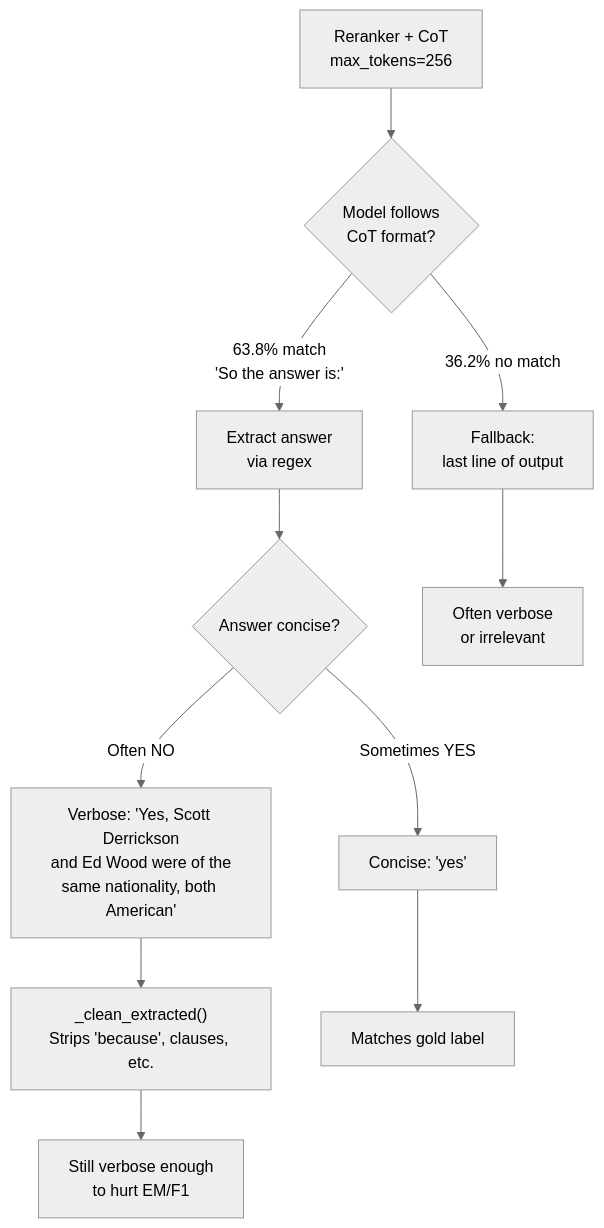
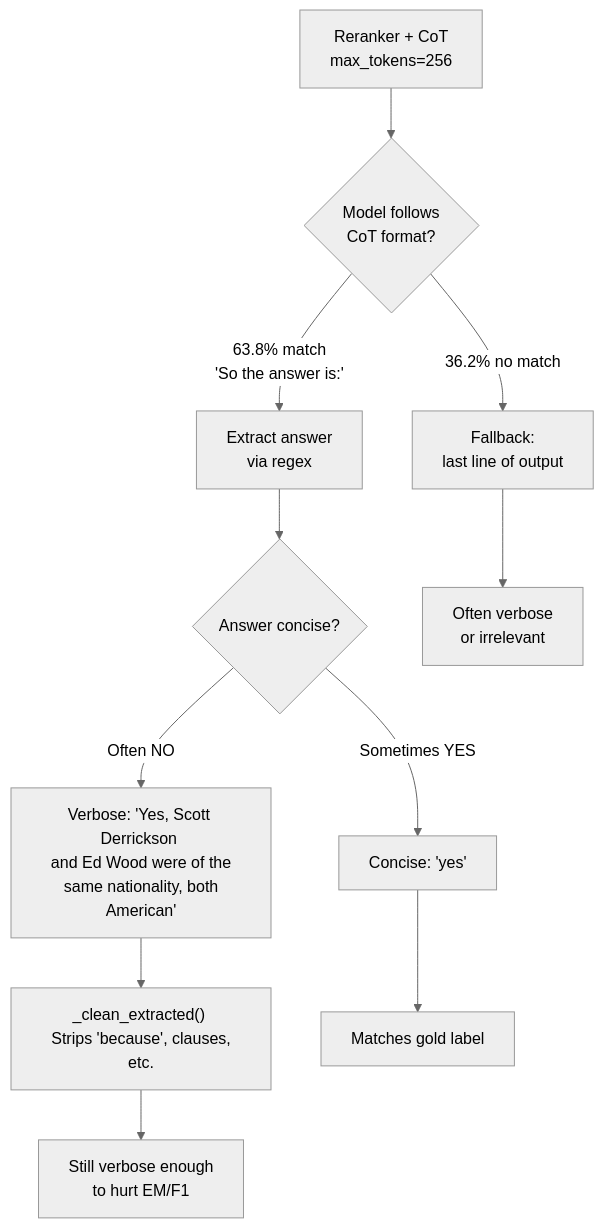
One commit to pradyutnair/msc-thesis changed diagram 19 of 32 in plans/feb5-key-findings.md. Above: the diagram before and after it, drawn with Mermaid (neutral theme). The commit also changed other lines of this file, not shown here.

Commit message:
Update Day 1-5 flowcharts in feb5-key-findings.md to improve readability by replacing newline characters with HTML line breaks. This change enhances the visual presentation of the flowcharts and maintains consistency across the document.

````diff
--- a/plans/feb5-key-findings.md
+++ b/plans/feb5-key-findings.md
@@ -244,13 +244,13 @@
 ```mermaid
 flowchart TD
-    A["Reranker + CoT\nmax_tokens=256"] --> B{"Model follows\nCoT format?"}
-    B -->|"63.8% match\n'So the answer is:'"| C["Extract answer\nvia regex"]
-    B -->|"36.2% no match"| D["Fallback:\nlast line of output"]
+    A["Reranker + CoT <br> max_tokens=256"] --> B{"Model follows <br> CoT format?"}
+    B -->|"63.8% match <br> 'So the answer is:'"| C["Extract answer <br> via regex"]
+    B -->|"36.2% no match"| D["Fallback: <br> last line of output"]
     C --> E{"Answer concise?"}
-    E -->|"Often NO"| F["Verbose: 'Yes, Scott Derrickson\nand Ed Wood were of the\nsame nationality, both American'"]
+    E -->|"Often NO"| F["Verbose: 'Yes, Scott Derrickson <br> and Ed Wood were of the <br> same nationality, both American'"]
     E -->|"Sometimes YES"| G["Concise: 'yes'"]
-    F --> H["_clean_extracted()\nStrips 'because', clauses, etc."]
-    H --> I["Still verbose enough\nto hurt EM/F1"]
+    F --> H["_clean_extracted() <br> Strips 'because', clauses, etc."]
+    H --> I["Still verbose enough <br> to hurt EM/F1"]
     G --> J["Matches gold label"]
-    D --> K["Often verbose\nor irrelevant"]
+    D --> K["Often verbose <br> or irrelevant"]
 ```
````
